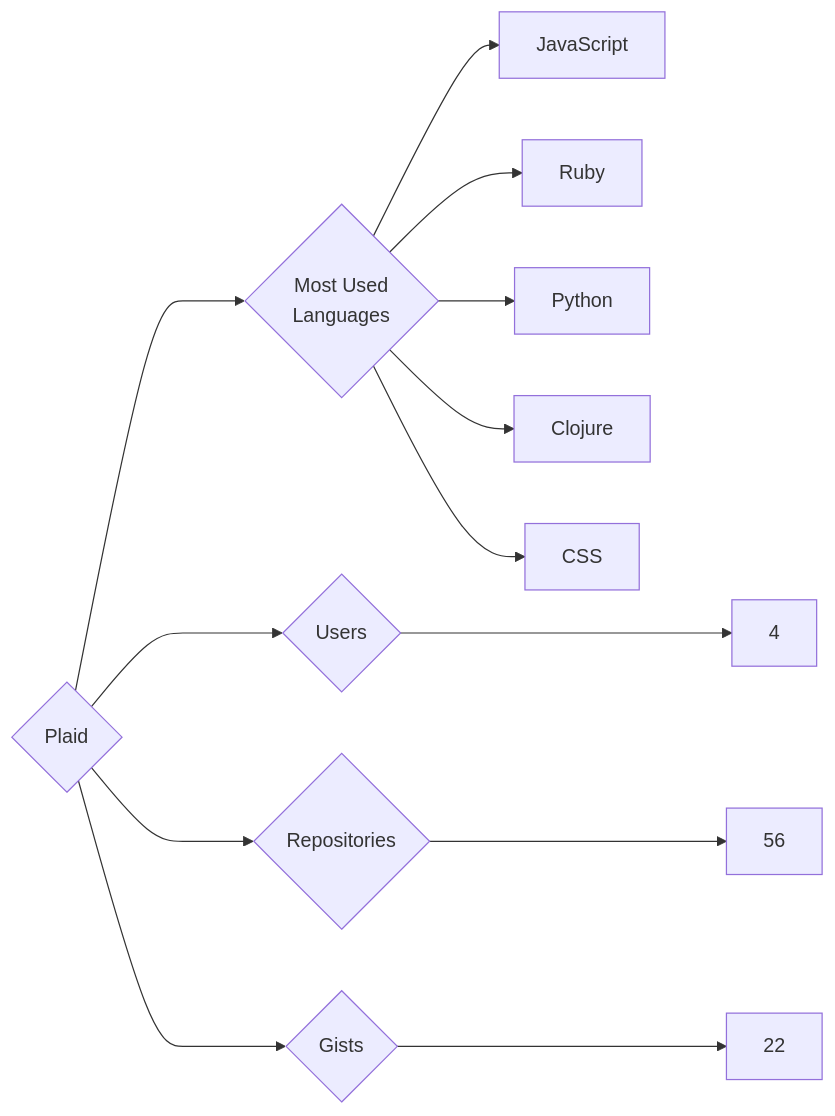
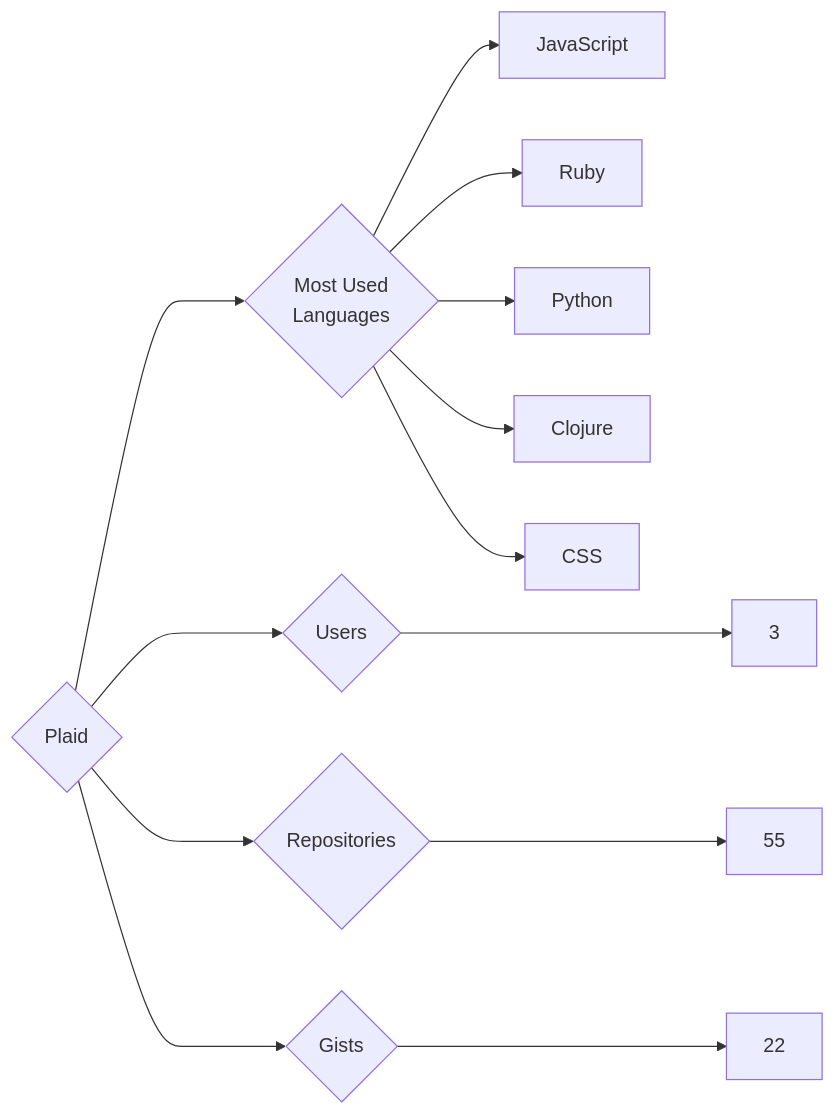
Before and after one commit to trickest/insiders: the diagram in targets/Plaid/README.md, drawn with Mermaid. The commit also changed 939 other files, not shown here.

````diff
--- a/targets/Plaid/README.md
+++ b/targets/Plaid/README.md
@@ -3,13 +3,13 @@
 ```mermaid
 graph LR
 COMPANY_NAME{Plaid}
-COMPANY_NAME ---> U{Users} ---> UN[4]
-COMPANY_NAME ---> R{Repositories} ---> RN[56]
+COMPANY_NAME ---> U{Users} ---> UN[3]
+COMPANY_NAME ---> R{Repositories} ---> RN[55]
 COMPANY_NAME ---> G{Gists} ---> GN[22]
 COMPANY_NAME ---> ML{Most Used<br>Languages}
 ML --> JavaScript[JavaScript]
 ML --> Ruby[Ruby]
 ML --> Python[Python]
 ML --> Clojure[Clojure]
 ML --> CSS[CSS]
 ```
````
